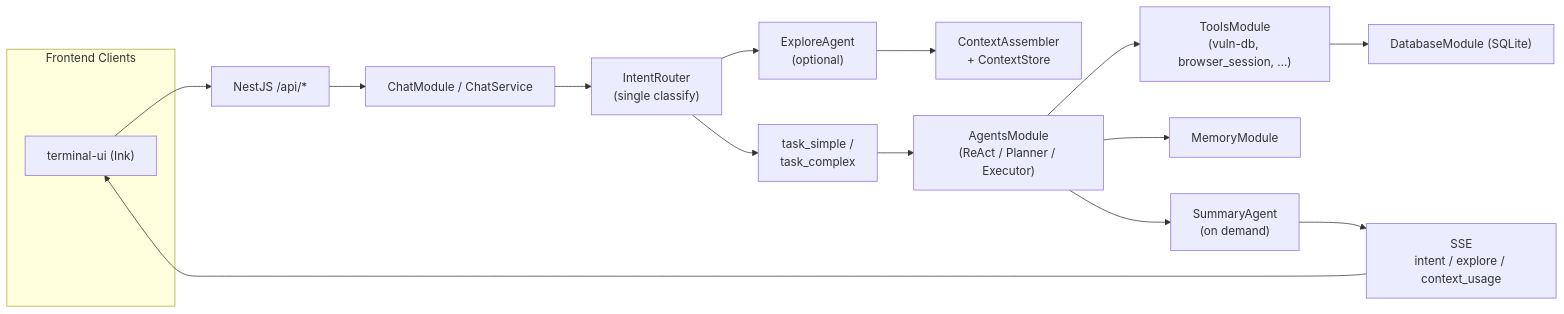
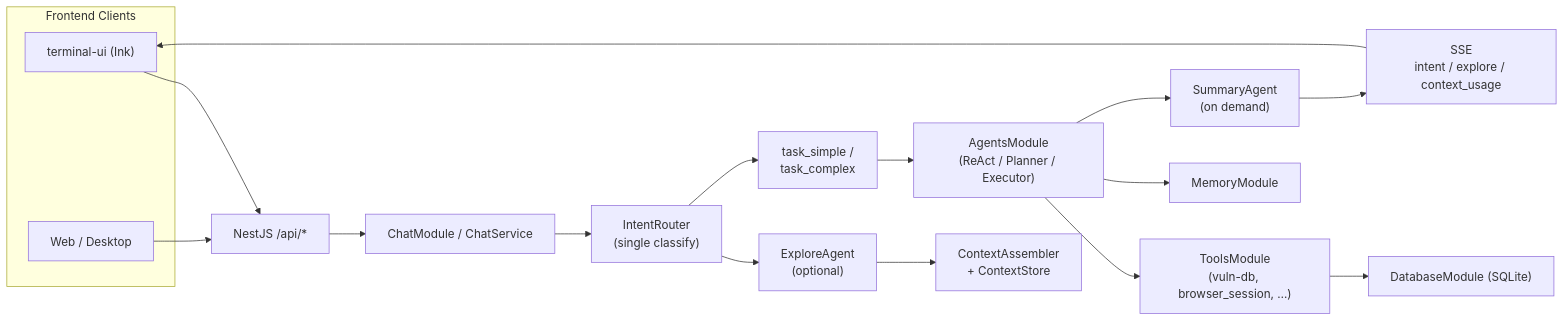
The diagram in README_EN.md (iammm0/secbot), drawn with Mermaid before and after one commit. The commit also changed other lines of this file and 16 other files, not shown here.

````diff
--- a/README_EN.md
+++ b/README_EN.md
@@ -63,21 +79,23 @@
 ```mermaid
 flowchart LR
   subgraph Clients["Frontend Clients"]
     tui["terminal-ui (Ink)"]
+    web["Web / Desktop"]
   end
 
   tui --> api["NestJS /api/*"]
+  web --> api
 
   api --> chat["ChatModule / ChatService"]
   chat --> intent["IntentRouter\n(single classify)"]
   intent --> explore["ExploreAgent\n(optional)"]
   explore --> ctx["ContextAssembler\n+ ContextStore"]
   intent --> task["task_simple /\ntask_complex"]
   task --> agents["AgentsModule\n(ReAct / Planner / Executor)"]
   agents --> tools["ToolsModule\n(vuln-db, browser_session, …)"]
   tools --> db["DatabaseModule (SQLite)"]
   agents --> memory["MemoryModule"]
   agents --> summary["SummaryAgent\n(on demand)"]
   summary --> sse["SSE\nintent / explore / context_usage"]
   sse --> tui
 ```
````
